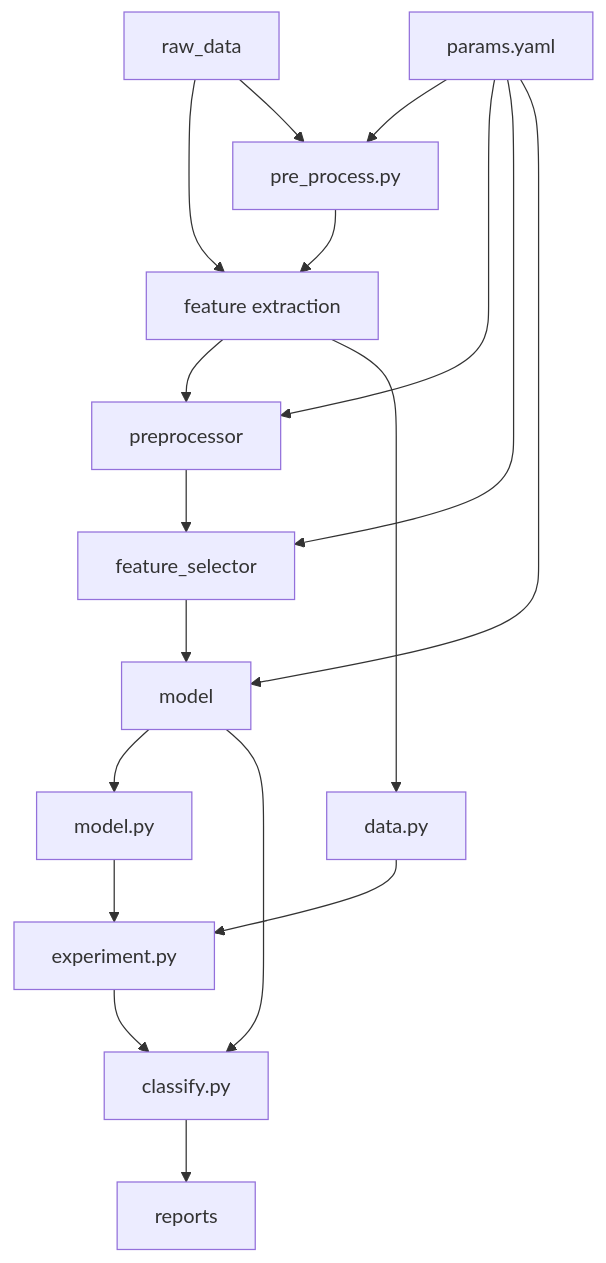
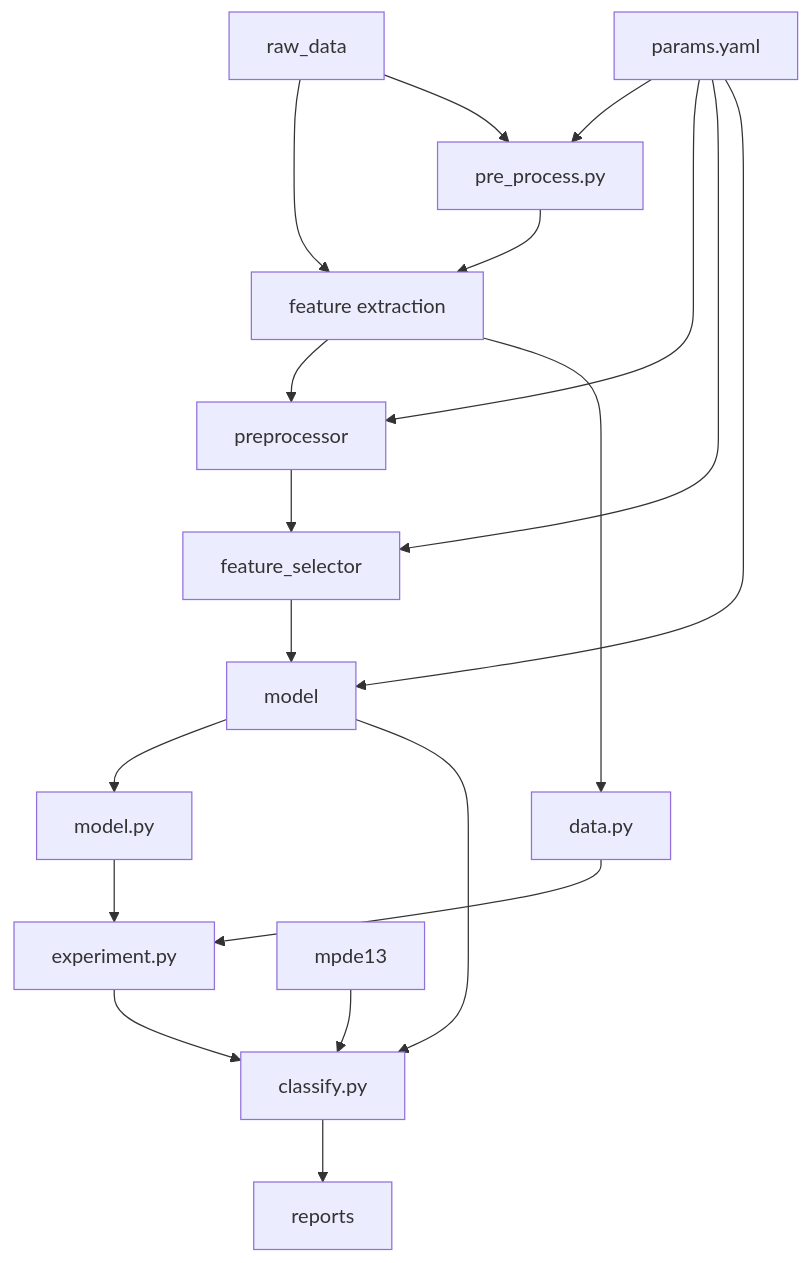
The diagram in README.md (simplymathematics/as_activity_recognition), drawn with Mermaid before and after one commit.

````diff
--- a/README.md
+++ b/README.md
@@ -9,27 +9,28 @@
 ```mermaid
 flowchart TD
 	node1["raw_data"]
 	node2["feature extraction"]
 	node3["preprocessor"]
 	node4["feature_selector"]
 	node5["model"]
 	node8["pre_process.py"]
 	node9["classify.py"]
 	node10["data.py"]
 	node11["model.py"]
 	node12["experiment.py"]
 	node13["params.yaml"]
 	node14["reports"]
 	node1-->node2-->node3-->node4-->node5-->node11
 	node5-->node9
 	node13-->node8
 	node1-->node8
 	node8-->node2
 	node13-->node3
 	node10-->node12
 	node11-->node12-->node9
 	node2-->node10
 	node9-->node14
 	node13-->node4
 	node13-->node5
+	mpde13-->node9
 ```
````
